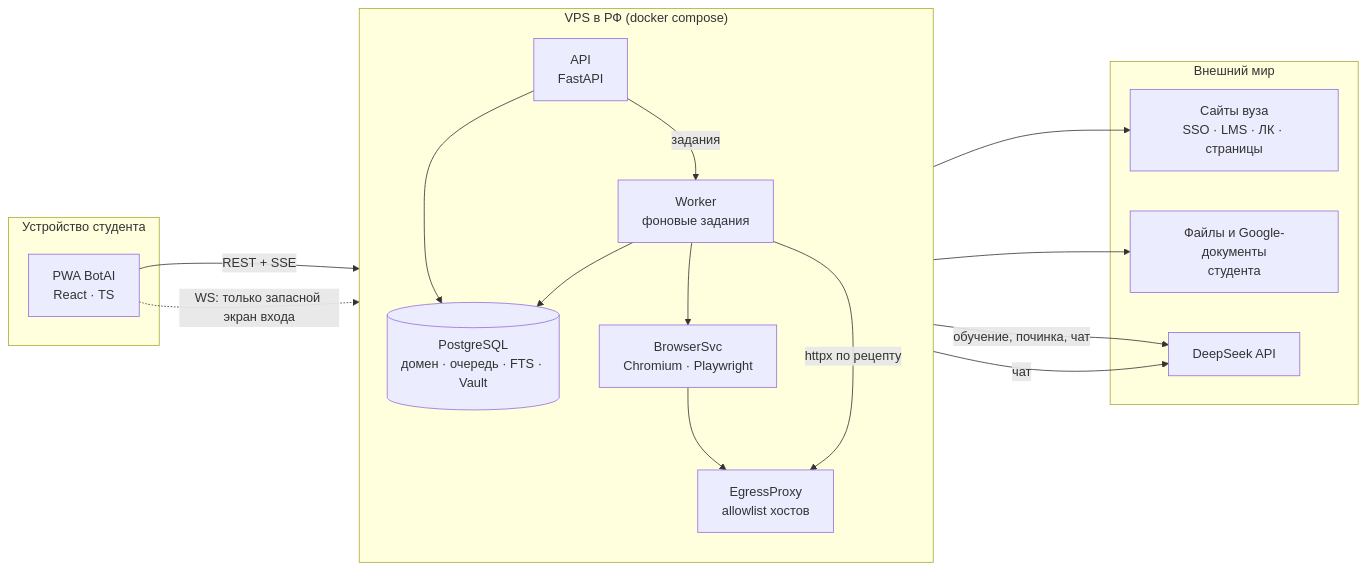
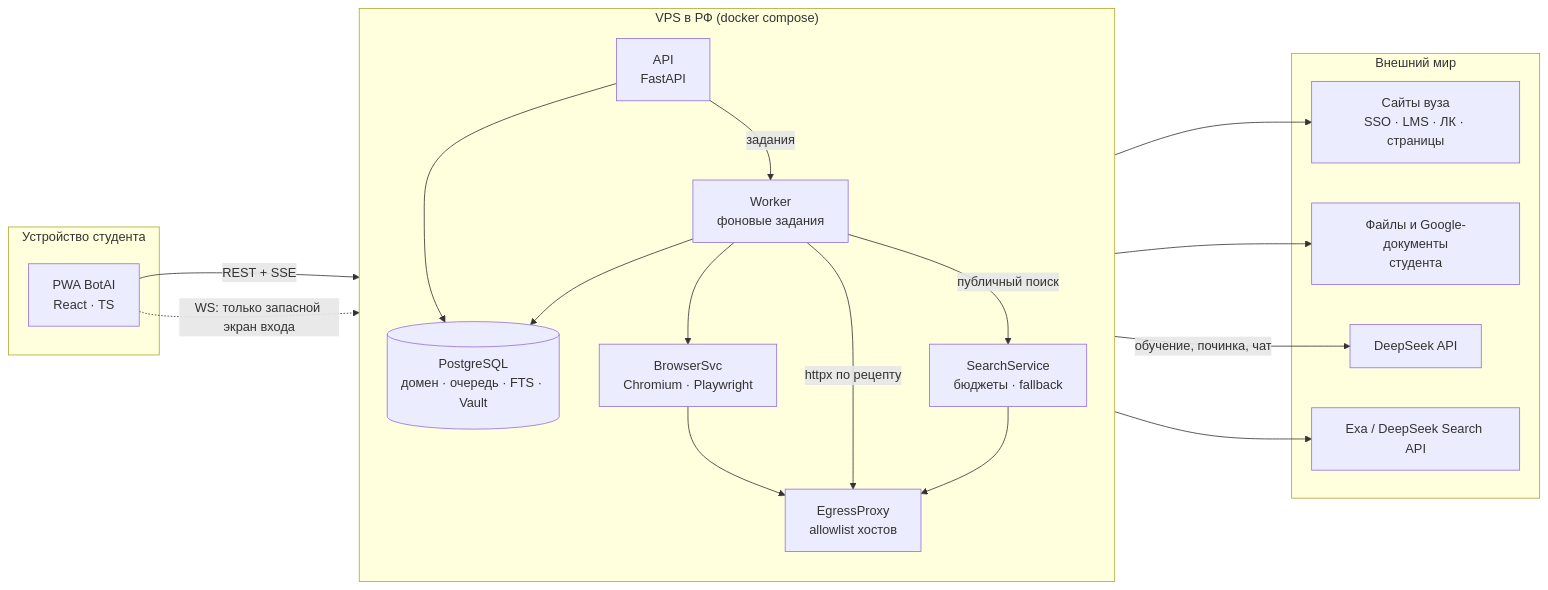
Before and after one commit to MattoYuzuru/Botai: the first of 6 diagrams in docs/architecture/hld.md, drawn with Mermaid. The commit also changed other lines of this file and 80 other files, not shown here.

````diff
--- a/docs/architecture/hld.md
+++ b/docs/architecture/hld.md
@@ -8,34 +8,38 @@
 ```mermaid
 flowchart LR
     subgraph Device["Устройство студента"]
         PWA["PWA BotAI<br/>React · TS"]
     end
 
     subgraph VPS["VPS в РФ (docker compose)"]
         direction TB
         API["API<br/>FastAPI"]
         Worker["Worker<br/>фоновые задания"]
         Browser["BrowserSvc<br/>Chromium · Playwright"]
         Proxy["EgressProxy<br/>allowlist хостов"]
         PG[("PostgreSQL<br/>домен · очередь · FTS · Vault")]
+        Search["SearchService<br/>бюджеты · fallback"]
     end
 
     subgraph Outside["Внешний мир"]
         Uni["Сайты вуза<br/>SSO · LMS · ЛК · страницы"]
         Docs["Файлы и Google-документы<br/>студента"]
         LLM["DeepSeek API"]
+        SearchAPI["Exa / DeepSeek Search API"]
     end
 
     PWA -- "REST + SSE" --> API
     PWA -. "WS: только запасной экран входа" .-> Browser
     API --> PG
     Worker --> PG
     API -- "задания" --> Worker
     Worker --> Browser
     Browser --> Proxy
     Worker -- "httpx по рецепту" --> Proxy
     Proxy --> Uni
     Proxy --> Docs
     Worker -- "обучение, починка, чат" --> LLM
-    API -- "чат" --> LLM
+    Worker -- "публичный поиск" --> Search
+    Search --> Proxy
+    Proxy --> SearchAPI
 ```
````
